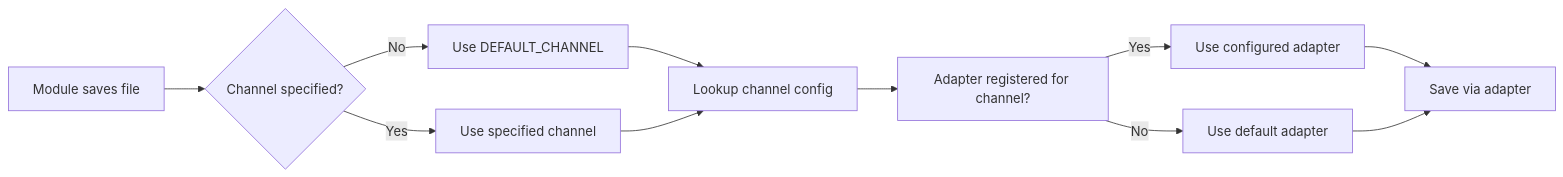
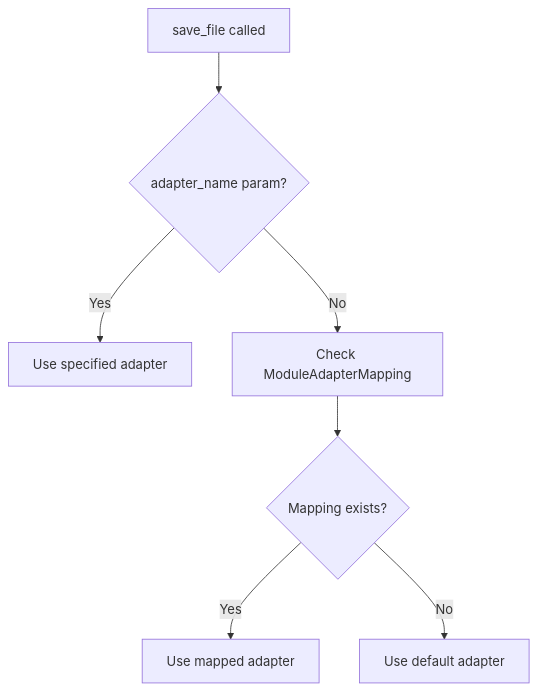
Before and after one commit to Jonas1015/chacc-file-manager: the second of 3 diagrams in README.md, drawn with Mermaid. The commit also changed other lines of this file and 6 other files, not shown here.

````diff
--- a/README.md
+++ b/README.md
@@ -205,13 +138,9 @@
 ```mermaid
-flowchart LR
-    A[Module saves file] --> B{Channel specified?}
-    B -->|No| C[Use DEFAULT_CHANNEL]
-    B -->|Yes| D[Use specified channel]
-    C --> E[Lookup channel config]
-    D --> E
-    E --> F[Adapter registered for channel?]
-    F -->|Yes| G[Use configured adapter]
-    F -->|No| H[Use default adapter]
-    G --> I[Save via adapter]
-    H --> I
+flowchart TD
+    A[save_file called] --> B{adapter_name param?}
+    B -->|Yes| C[Use specified adapter]
+    B -->|No| D[Check ModuleAdapterMapping]
+    D --> E{Mapping exists?}
+    E -->|Yes| F[Use mapped adapter]
+    E -->|No| G[Use default adapter]
 ```
````
